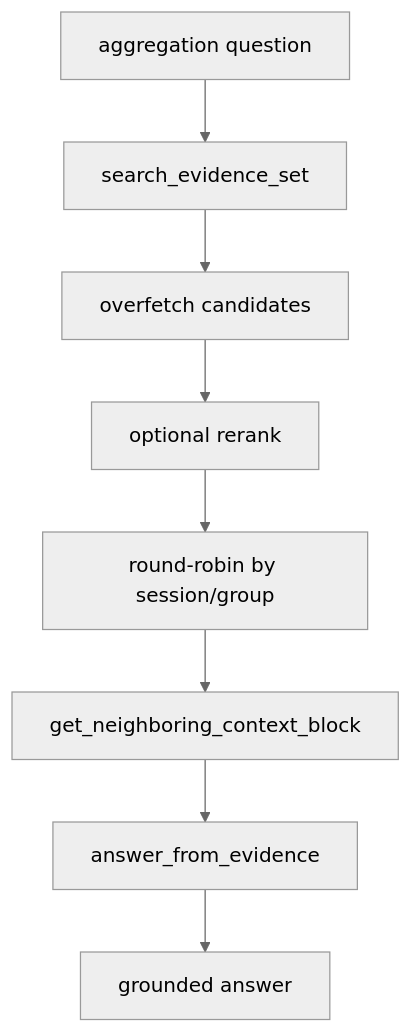
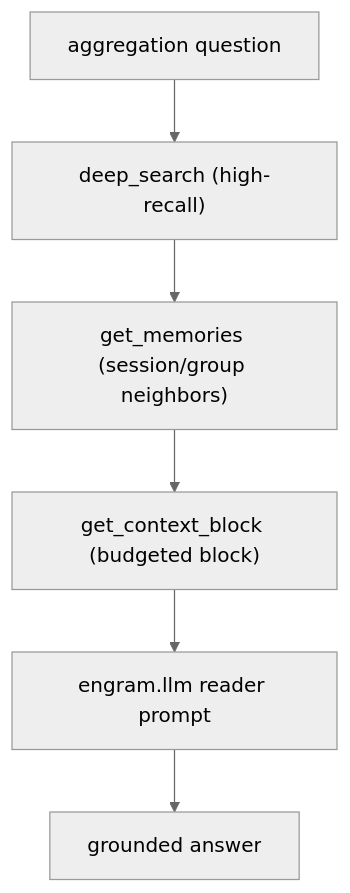
The fifth of 9 diagrams in docs/diagrams.md (ahammadnafiz/engram), drawn with Mermaid (neutral theme) before and after one commit. The commit also changed other lines of this file and 27 other files, not shown here.

````diff
--- a/docs/diagrams.md
+++ b/docs/diagrams.md
@@ -101,10 +101,8 @@
 ```mermaid
 flowchart TD
-    Question["aggregation question"] --> Evidence["search_evidence_set"]
-    Evidence --> Candidates["overfetch candidates"]
-    Candidates --> Rerank["optional rerank"]
-    Rerank --> Diverse["round-robin by session/group"]
-    Diverse --> Neighbors["get_neighboring_context_block"]
-    Neighbors --> Reader["answer_from_evidence"]
+    Question["aggregation question"] --> Retrieval["deep_search (high-recall)"]
+    Retrieval --> Group["get_memories (session/group neighbors)"]
+    Group --> Context["get_context_block (budgeted block)"]
+    Context --> Reader["engram.llm reader prompt"]
     Reader --> Answer["grounded answer"]
 ```
````
